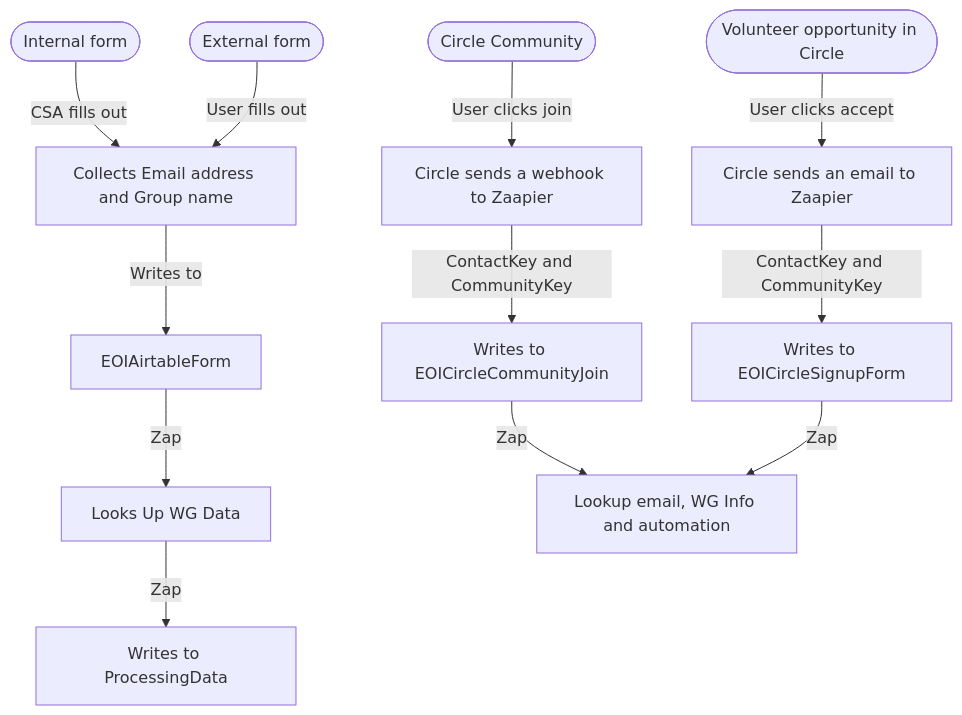
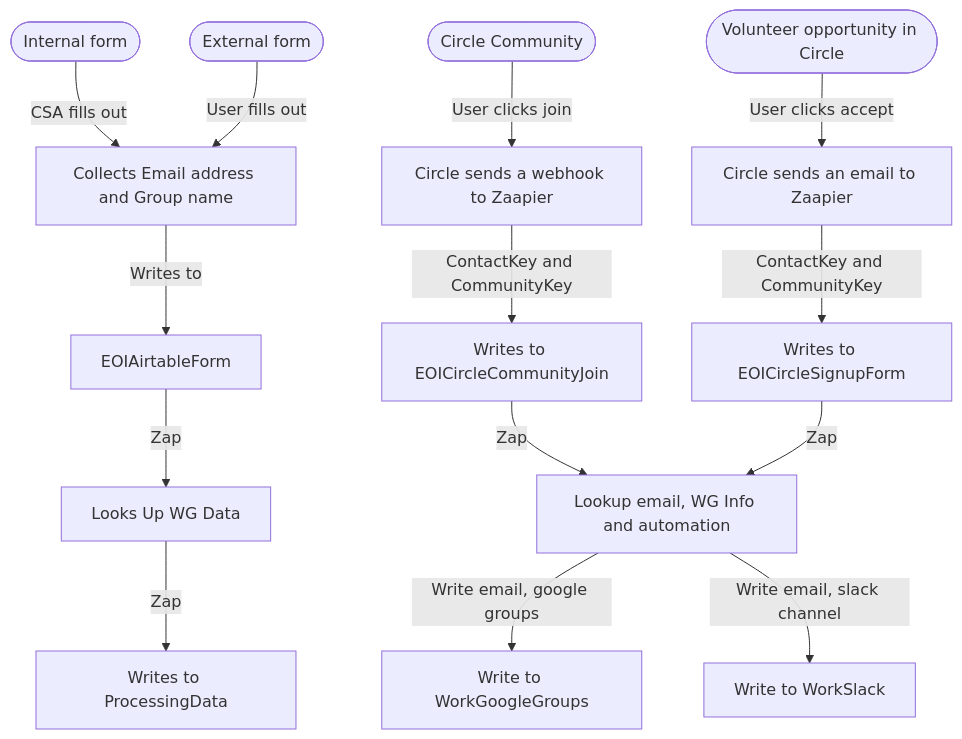
Before and after one commit to CloudSecurityAlliance/CSA-IT-Operations: the diagram in projects/WG-automation/diagram.md, drawn with Mermaid.

````diff
--- a/projects/WG-automation/diagram.md
+++ b/projects/WG-automation/diagram.md
@@ -1,28 +1,30 @@
 ```mermaid
 graph TD;
 
 
 internalForm([Internal form])
 
 externalForm([External form])
 %% requires email validation, e.g. Google forms "Collect email addresses Respondents will be required to sign in to Google"
 
 joinCommunity([Circle Community])
 joinVolunteer([Volunteer opportunity in Circle])
 
 internalForm --> |CSA fills out| collectEmailAndGroup[Collects Email address and Group name]
 externalForm --> |User fills out| collectEmailAndGroup[Collects Email address and Group name]
 collectEmailAndGroup --> |Writes to| EOIAirtableForm[EOIAirtableForm]
 EOIAirtableForm --> |Zap| LookupWGData[Looks Up WG Data]
 LookupWGData --> |Zap| WritesToProcessingData[Writes to ProcessingData]
 
 joinCommunity --> |User clicks join| CircleWebHook[Circle sends a webhook to Zaapier]
 joinVolunteer --> |User clicks accept| CircleSendsEmail[Circle sends an email to Zaapier]
 
 CircleWebHook --> |ContactKey and CommunityKey| WritesToEOICircleCommunityJoin[Writes to EOICircleCommunityJoin]
 CircleSendsEmail --> |ContactKey and CommunityKey| WritesToEOICircleSignupForm[Writes to EOICircleSignupForm]
 
 WritesToEOICircleCommunityJoin --> |Zap| LookupWGInfoAndAutomation[Lookup email, WG Info and automation]
 WritesToEOICircleSignupForm --> |Zap| LookupWGInfoAndAutomation[Lookup email, WG Info and automation]
 
+LookupWGInfoAndAutomation --> |Write email, google groups| WriteToWorkGoogleGroups[Write to WorkGoogleGroups]
+LookupWGInfoAndAutomation --> |Write email, slack channel| WriteToWorkSlack[Write to WorkSlack]
 ```
````
